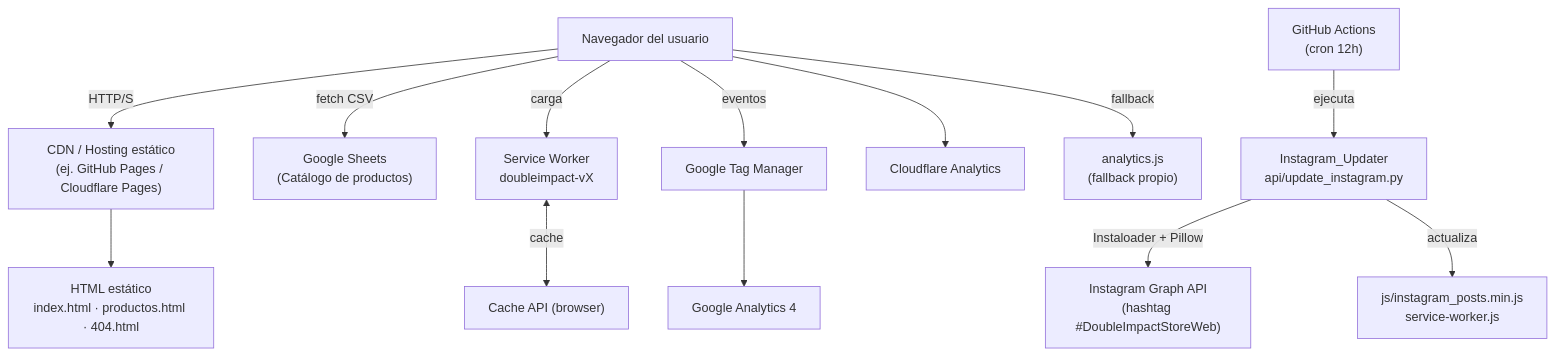
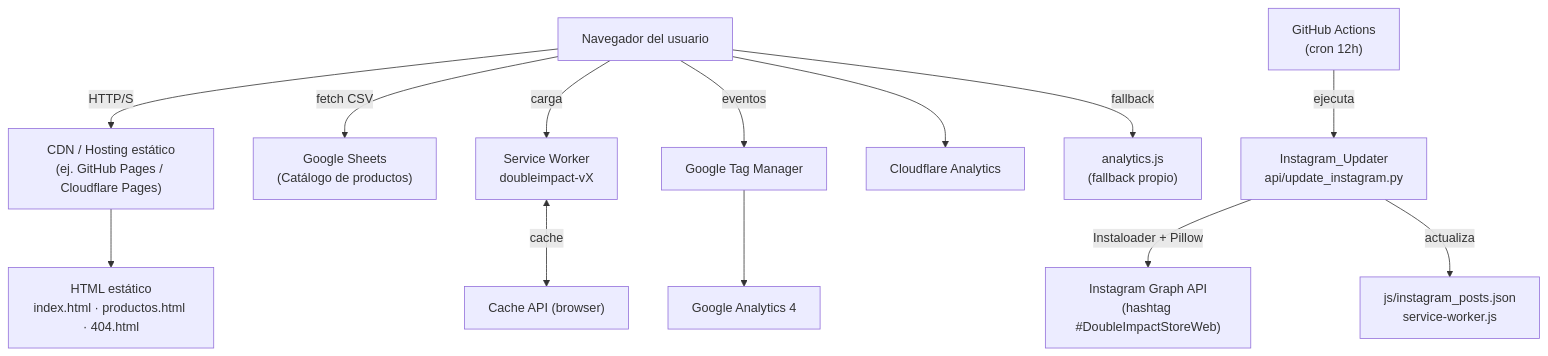
The first of 3 diagrams in .kiro/specs/double-impact-store/design.md (Iyov/DoubleImpactStore), drawn with Mermaid before and after one commit. The commit also changed other lines of this file and 31 other files, not shown here.

First line of the commit message:
refactor: fase 6 — módulos separados, Instagram en JSON y fixes de idioma

````diff
--- a/.kiro/specs/double-impact-store/design.md
+++ b/.kiro/specs/double-impact-store/design.md
@@ -29,15 +29,15 @@
 ```mermaid
 graph TD
     Browser["Navegador del usuario"] -->|HTTP/S| CDN["CDN / Hosting estático\n(ej. GitHub Pages / Cloudflare Pages)"]
     CDN --> HTML["HTML estático\nindex.html · productos.html · 404.html"]
     Browser -->|fetch CSV| GSheets["Google Sheets\n(Catálogo de productos)"]
     Browser -->|carga| SW["Service Worker\ndoubleimpact-vX"]
     SW <-->|cache| CacheAPI["Cache API (browser)"]
     GHA["GitHub Actions\n(cron 12h)"] -->|ejecuta| PY["Instagram_Updater\napi/update_instagram.py"]
     PY -->|Instaloader + Pillow| IG["Instagram Graph API\n(hashtag #DoubleImpactStoreWeb)"]
-    PY -->|actualiza| JSFiles["js/instagram_posts.min.js\nservice-worker.js"]
+    PY -->|actualiza| JSFiles["js/instagram_posts.json\nservice-worker.js"]
     Browser -->|eventos| GTM["Google Tag Manager"]
     GTM --> GA4["Google Analytics 4"]
     Browser --> CFAnalytics["Cloudflare Analytics"]
     Browser -->|fallback| FAL["analytics.js\n(fallback propio)"]
 ```
````
